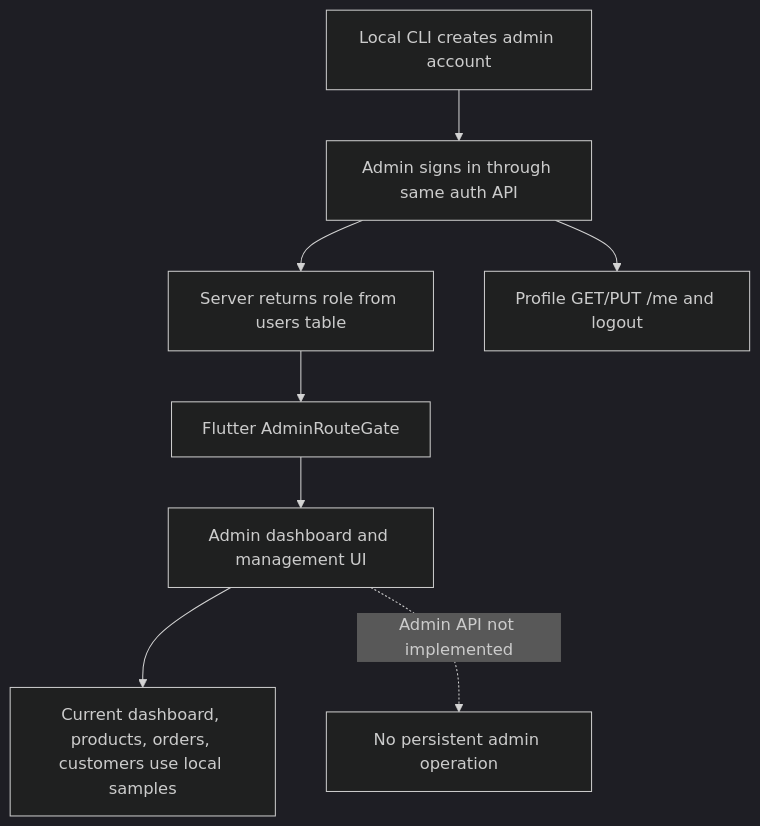
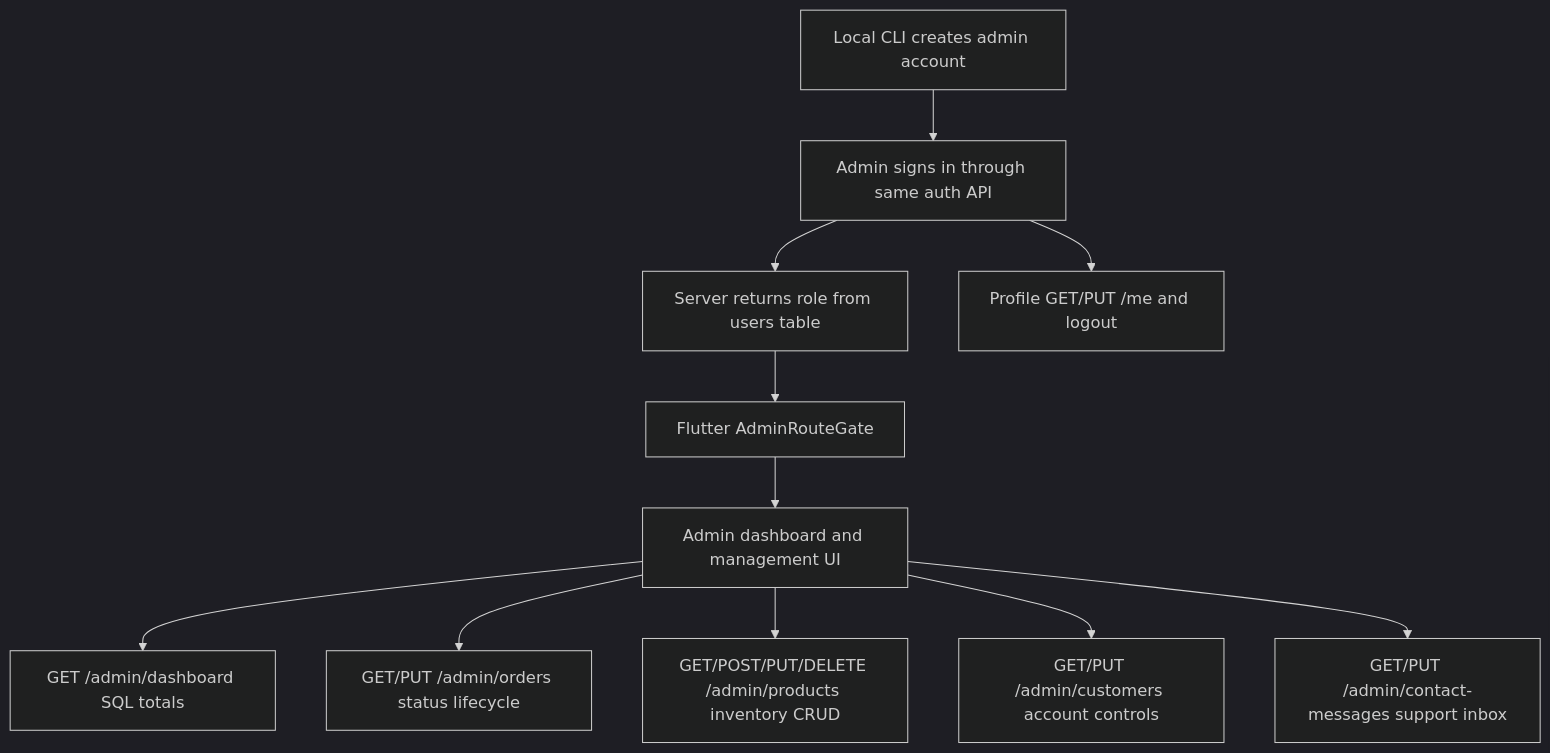
The fourth of 5 diagrams in docs/SYSTEM_FLOW.md (EARL146/app-), drawn with Mermaid (dark theme) before and after one commit. The commit also changed other lines of this file and 79 other files, not shown here.

````diff
--- a/docs/SYSTEM_FLOW.md
+++ b/docs/SYSTEM_FLOW.md
@@ -75,11 +88,14 @@
 ```mermaid
 flowchart TD
     A[Local CLI creates admin account]
     A --> B[Admin signs in through same auth API]
     B --> C[Server returns role from users table]
     C --> D[Flutter AdminRouteGate]
     D --> E[Admin dashboard and management UI]
-    E --> F[Current dashboard, products, orders, customers use local samples]
-    E -. Admin API not implemented .-> G[No persistent admin operation]
-    B --> H[Profile GET/PUT /me and logout]
+    E --> F[GET /admin/dashboard SQL totals]
+    E --> G[GET/PUT /admin/orders status lifecycle]
+    E --> H[GET/POST/PUT/DELETE /admin/products inventory CRUD]
+    E --> I[GET/PUT /admin/customers account controls]
+    E --> J[GET/PUT /admin/contact-messages support inbox]
+    B --> K[Profile GET/PUT /me and logout]
 ```
````
